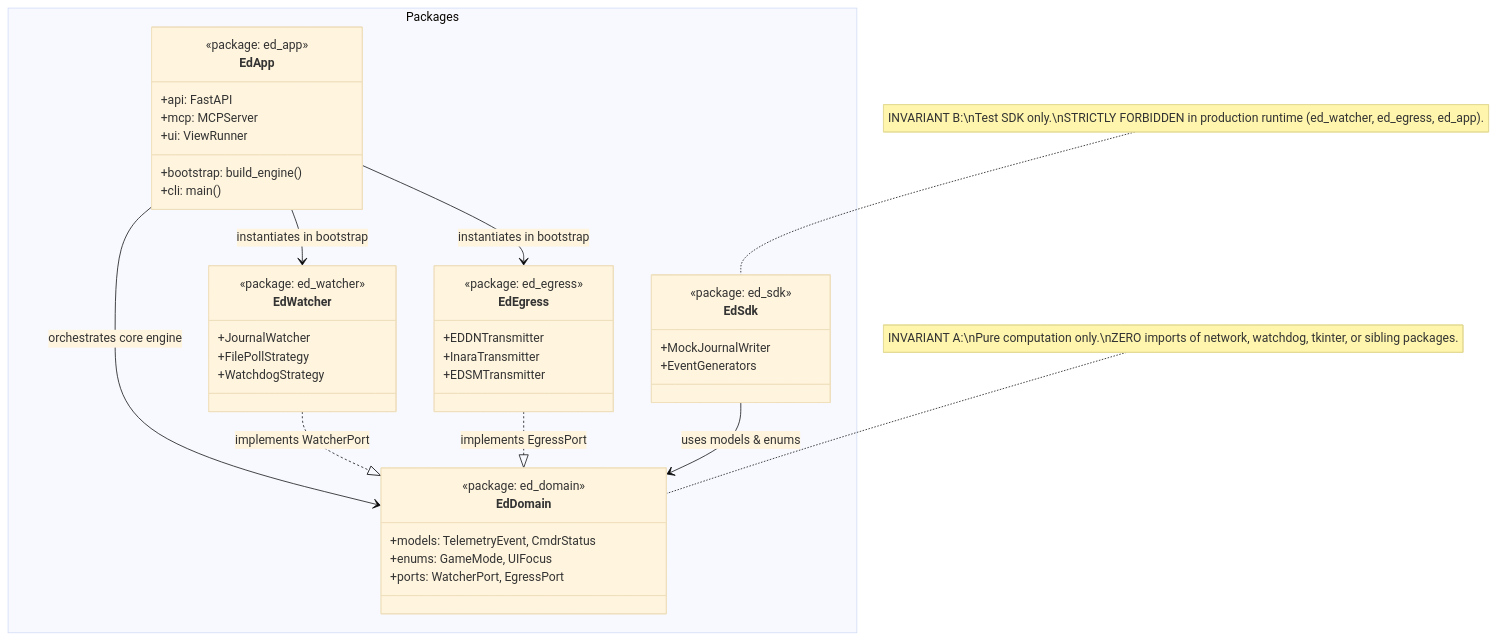
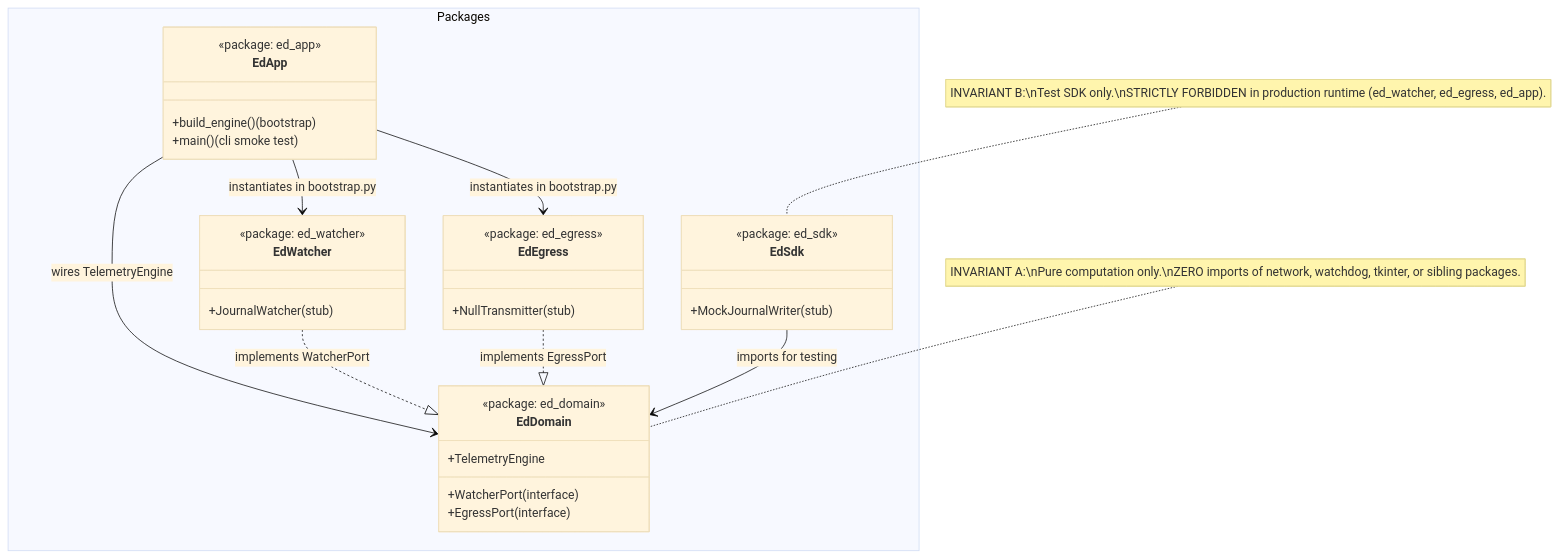
One commit to mnaatjes/ed-telemetry changed the first of 3 diagrams in architecture/designs/0001_modular_monorepo_baseline_and_verification_pipeline.md. Above: the diagram before and after it, drawn with Mermaid (base theme). The commit also changed other lines of this file and 2 other files, not shown here.

````diff
--- a/architecture/designs/0001_modular_monorepo_baseline_and_verification_pipeline.md
+++ b/architecture/designs/0001_modular_monorepo_baseline_and_verification_pipeline.md
@@ -35,53 +42,45 @@
 ```mermaid
 classDiagram
     direction TB
 
     namespace Packages {
         class EdDomain {
             <<package: ed_domain>>
-            +models: TelemetryEvent, CmdrStatus
-            +enums: GameMode, UIFocus
-            +ports: WatcherPort, EgressPort
+            +WatcherPort (interface)
+            +EgressPort (interface)
+            +TelemetryEngine
         }
 
         class EdWatcher {
             <<package: ed_watcher>>
-            +JournalWatcher
-            +FilePollStrategy
-            +WatchdogStrategy
+            +JournalWatcher (stub)
         }
 
         class EdEgress {
             <<package: ed_egress>>
-            +EDDNTransmitter
-            +InaraTransmitter
-            +EDSMTransmitter
+            +NullTransmitter (stub)
         }
 
         class EdSdk {
             <<package: ed_sdk>>
-            +MockJournalWriter
-            +EventGenerators
+            +MockJournalWriter (stub)
         }
 
         class EdApp {
             <<package: ed_app>>
-            +bootstrap: build_engine()
-            +cli: main()
-            +api: FastAPI
-            +mcp: MCPServer
-            +ui: ViewRunner
+            +build_engine() (bootstrap)
+            +main() (cli smoke test)
         }
     }
 
     EdWatcher ..|> EdDomain : implements WatcherPort
     EdEgress ..|> EdDomain : implements EgressPort
-    EdSdk --> EdDomain : uses models & enums
-    EdApp --> EdDomain : orchestrates core engine
-    EdApp --> EdWatcher : instantiates in bootstrap
-    EdApp --> EdEgress : instantiates in bootstrap
+    EdSdk --> EdDomain : imports for testing
+    EdApp --> EdDomain : wires TelemetryEngine
+    EdApp --> EdWatcher : instantiates in bootstrap.py
+    EdApp --> EdEgress : instantiates in bootstrap.py
 
     %% Boundary Invariants
     note for EdDomain "INVARIANT A:\nPure computation only.\nZERO imports of network, watchdog, tkinter, or sibling packages."
     note for EdSdk "INVARIANT B:\nTest SDK only.\nSTRICTLY FORBIDDEN in production runtime (ed_watcher, ed_egress, ed_app)."
 ```
````
